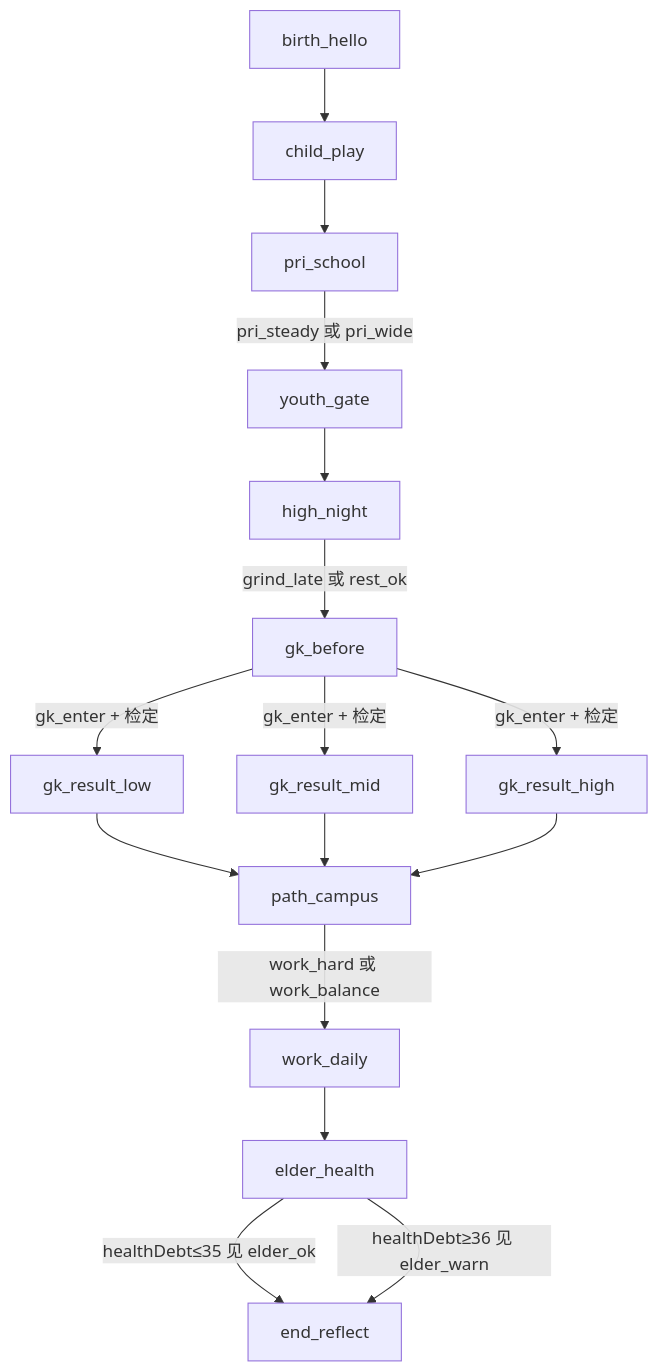
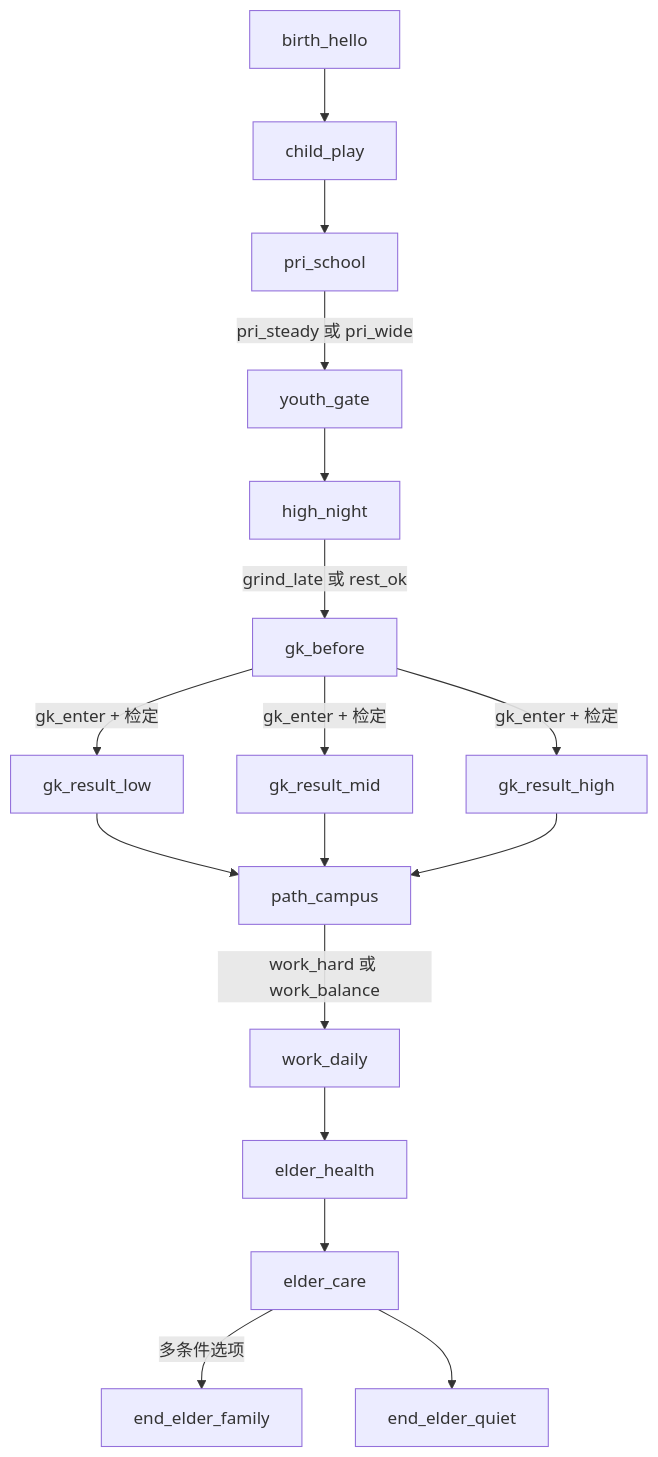
One commit to falling-feather/Sojourner changed the diagram in docs/STORY_ROUTES.md. Above: the diagram before and after it, drawn with Mermaid. The commit also changed other lines of this file and 5 other files, not shown here.

````diff
--- a/docs/STORY_ROUTES.md
+++ b/docs/STORY_ROUTES.md
@@ -46,21 +48,22 @@
 ```mermaid
 flowchart TD
   birth_hello --> child_play
   child_play --> pri_school
   pri_school -->|pri_steady 或 pri_wide| youth_gate
   youth_gate --> high_night
   high_night -->|grind_late 或 rest_ok| gk_before
   gk_before -->|gk_enter + 检定| gk_low
   gk_before -->|gk_enter + 检定| gk_mid
   gk_before -->|gk_enter + 检定| gk_high
   gk_low[gk_result_low]
   gk_mid[gk_result_mid]
   gk_high[gk_result_high]
   gk_low --> path_campus
   gk_mid --> path_campus
   gk_high --> path_campus
   path_campus -->|work_hard 或 work_balance| work_daily
   work_daily --> elder_health
-  elder_health -->|healthDebt≤35 见 elder_ok| end_reflect
-  elder_health -->|healthDebt≥36 见 elder_warn| end_reflect
+  elder_health --> elder_care
+  elder_care -->|多条件选项| end_elder_family
+  elder_care --> end_elder_quiet
 ```
````
